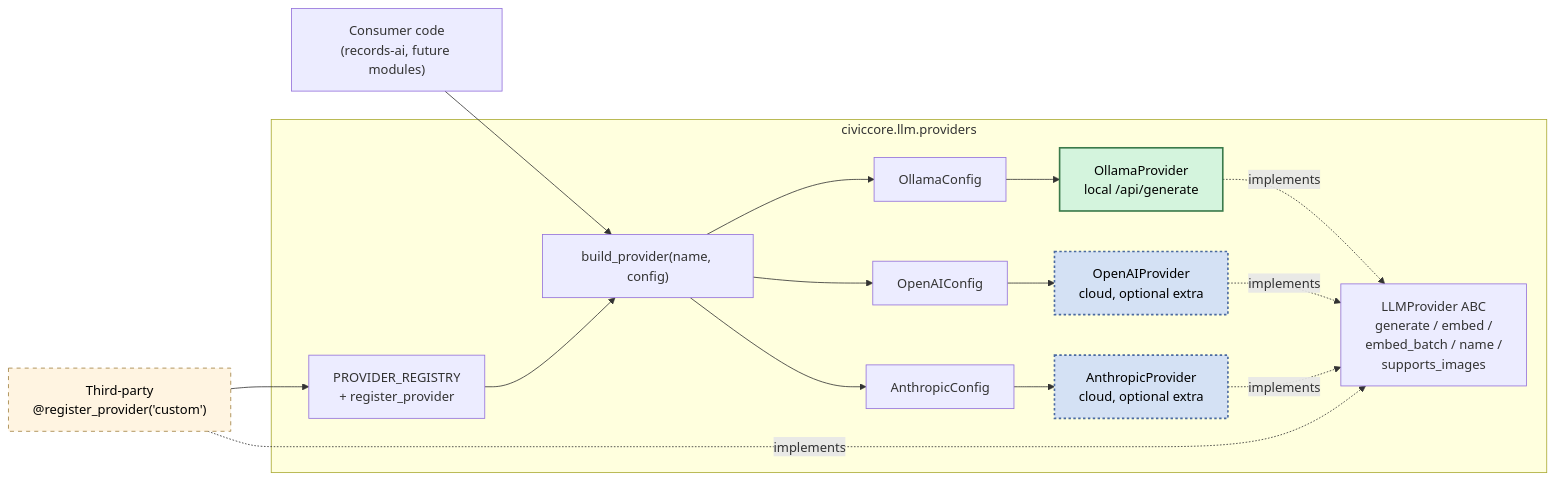
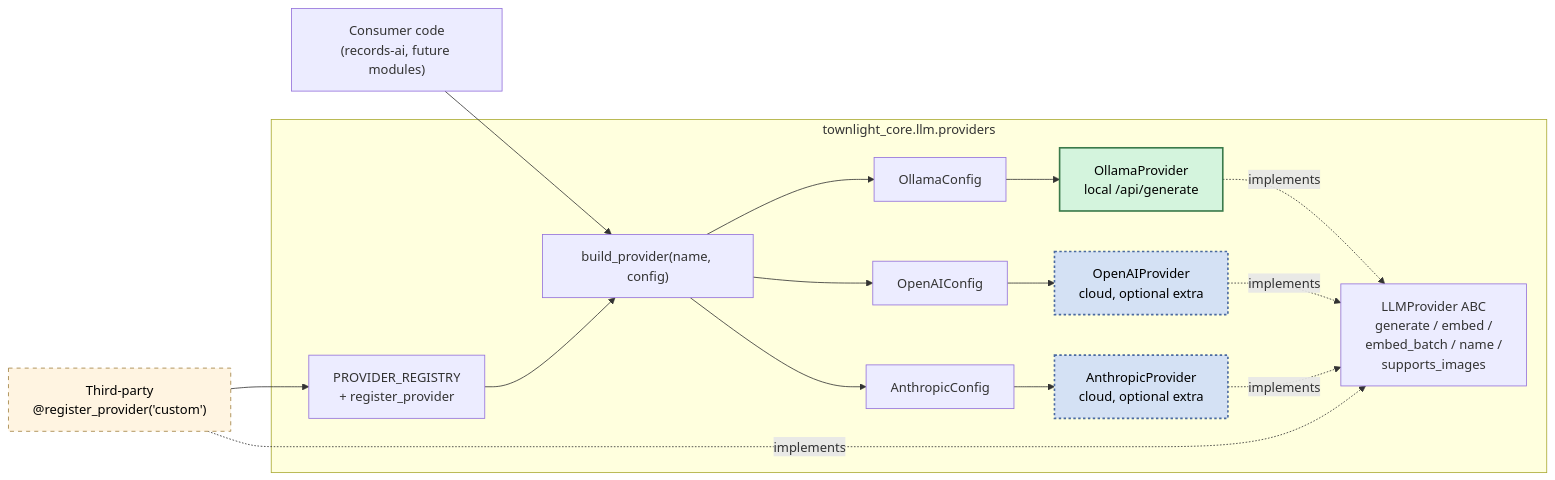
One commit to CivicSuite/civiccore changed the diagram in docs/diagrams/provider-abstraction.mmd. Above: the diagram before and after it, drawn with Mermaid. The commit also changed 266 other files, not shown here.

First line of the commit message:
rename: civiccore -> townlight-core (CivicSuite -> Townlight rebrand)

```diff
--- a/docs/diagrams/provider-abstraction.mmd
+++ b/docs/diagrams/provider-abstraction.mmd
@@ -1,33 +1,33 @@
 graph LR
     Caller["Consumer code<br/>(records-ai, future modules)"]
-    subgraph PROVIDERS["civiccore.llm.providers"]
+    subgraph PROVIDERS["townlight_core.llm.providers"]
         ABC["LLMProvider ABC<br/>generate / embed /<br/>embed_batch / name /<br/>supports_images"]
         Reg["PROVIDER_REGISTRY<br/>+ register_provider"]
         Factory["build_provider(name, config)"]
         OConf["OllamaConfig"]
         OAIConf["OpenAIConfig"]
         AnthConf["AnthropicConfig"]
         Ollama["OllamaProvider<br/>local /api/generate"]
         OpenAI["OpenAIProvider<br/>cloud, optional extra"]
         Anthropic["AnthropicProvider<br/>cloud, optional extra"]
     end
     Ext["Third-party<br/>@register_provider('custom')"]
     Caller --> Factory
     Factory --> OConf
     Factory --> OAIConf
     Factory --> AnthConf
     OConf --> Ollama
     OAIConf --> OpenAI
     AnthConf --> Anthropic
     Ollama -.implements.-> ABC
     OpenAI -.implements.-> ABC
     Anthropic -.implements.-> ABC
     Ext -.implements.-> ABC
     Ext --> Reg
     Reg --> Factory
     classDef local fill:#d4f4dd,stroke:#3a7a4a,stroke-width:2px,color:#000
     classDef cloud fill:#d4e1f4,stroke:#4a6aa0,stroke-width:2px,stroke-dasharray:3 3,color:#000
     classDef thirdparty fill:#fff4e1,stroke:#a08040,stroke-width:1px,stroke-dasharray:5 5,color:#000
     class Ollama local
     class OpenAI,Anthropic cloud
     class Ext thirdparty
```
